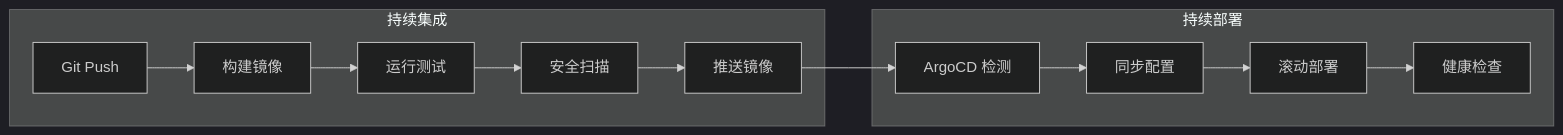
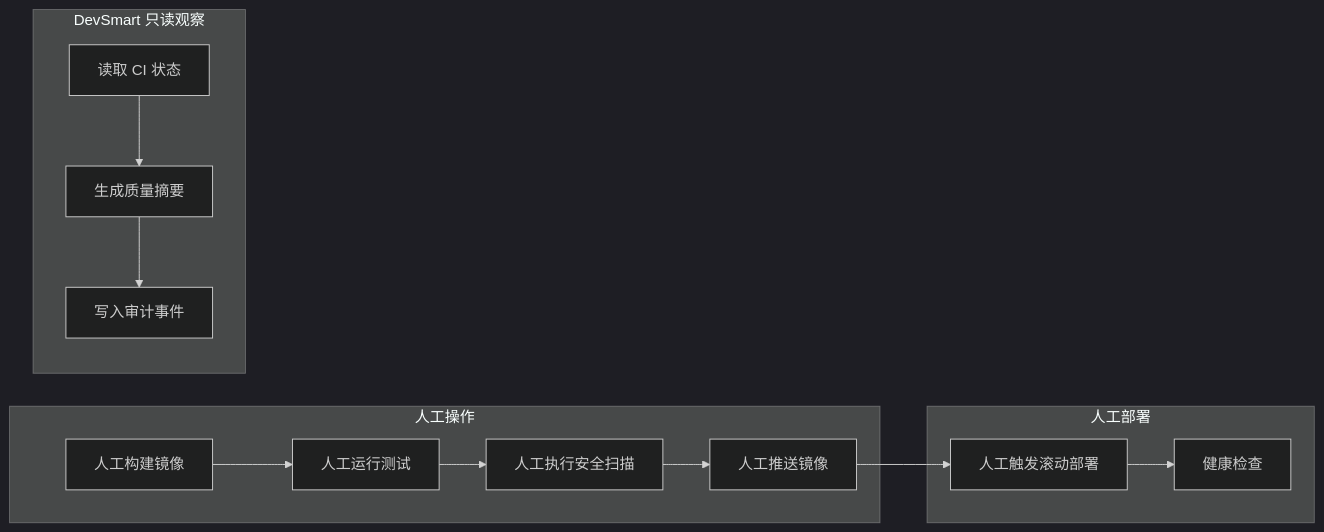
One commit to sujianjob/DevSmart changed diagram 15 of 17 in docs/03-architecture/Deployment_Architecture.md. Above: the diagram before and after it, drawn with Mermaid (dark theme). The commit also changed other lines of this file and 12 other files, not shown here.

````diff
--- a/docs/03-architecture/Deployment_Architecture.md
+++ b/docs/03-architecture/Deployment_Architecture.md
@@ -836,26 +838,28 @@
 ```mermaid
 graph LR
-    subgraph CI["持续集成"]
-        Push["Git Push"]
-        Build["构建镜像"]
-        Test["运行测试"]
-        Scan["安全扫描"]
-        Push2["推送镜像"]
+    subgraph Manual["人工操作"]
+        Build["人工构建镜像"]
+        Test["人工运行测试"]
+        Scan["人工执行安全扫描"]
+        Push2["人工推送镜像"]
     end
 
-    subgraph CD["持续部署"]
-        ArgoCD["ArgoCD 检测"]
-        Sync["同步配置"]
-        Deploy["滚动部署"]
+    subgraph Observe["DevSmart 只读观察"]
+        ReadCI["读取 CI 状态"]
+        Summarize["生成质量摘要"]
+        Audit["写入审计事件"]
+    end
+
+    subgraph DeployFlow["人工部署"]
+        Deploy["人工触发滚动部署"]
         Verify["健康检查"]
     end
 
-    Push --> Build
     Build --> Test
     Test --> Scan
     Scan --> Push2
-    Push2 --> ArgoCD
-    ArgoCD --> Sync
-    Sync --> Deploy
+    Push2 --> Deploy
     Deploy --> Verify
+    ReadCI --> Summarize
+    Summarize --> Audit
 ```
````
